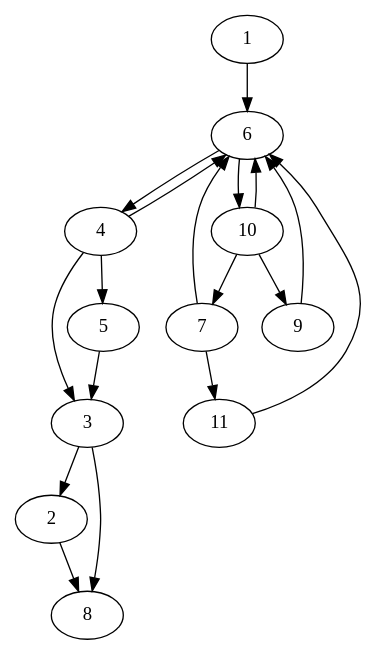
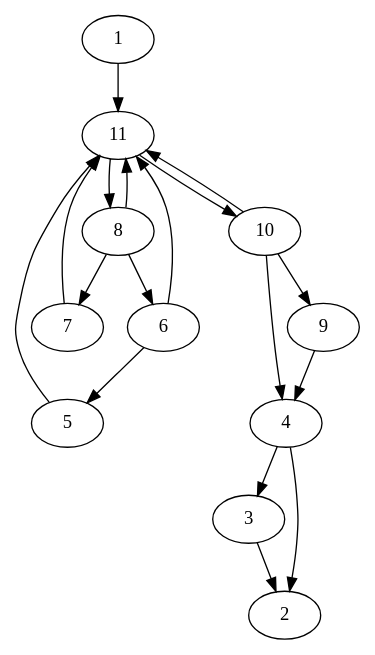
The diagram in expected/items.dot (lifelike/gamebookformat), drawn with Graphviz before and after one commit. The commit also changed 26 other files, not shown here.

```diff
--- a/expected/items.dot
+++ b/expected/items.dot
@@ -1,27 +1,27 @@
 digraph gamebook {
 
- 1->6
-2->8
+ 1->11
 3->2
-
-3->8
-4->5
+4->2
 
 4->3
+5->11
+6->5
 
-4->6
-5->3
-6->4
+6->11
+7->11
+8->6
 
-6->10
-7->6
+8->11
 
-7->11
-9->6
+8->7
+9->4
 10->9
 
-10->6
+10->4
 
-10->7
-11->6
+10->11
+11->10
+
+11->8
 }
```
